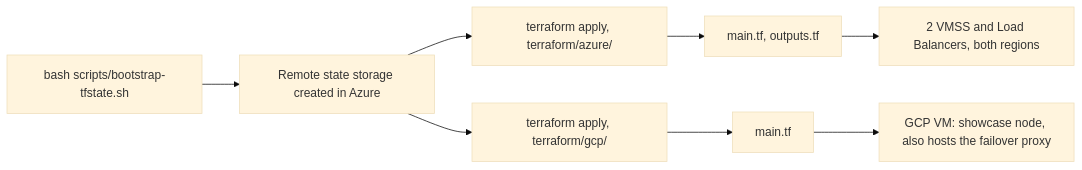
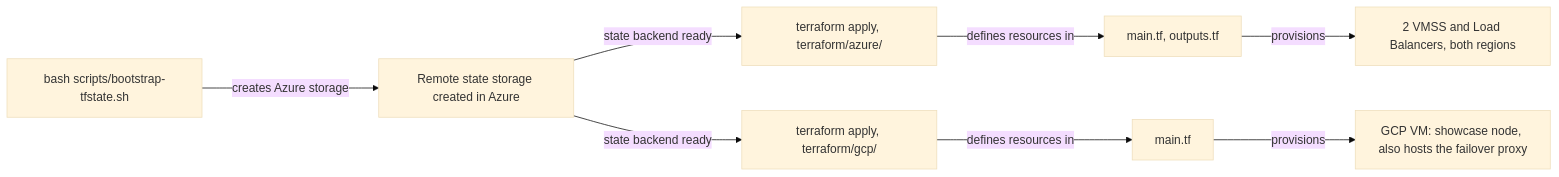
Before and after one commit to Dennis4507/cloud-native-ha-platform: the first of 4 diagrams in README.md, drawn with Mermaid (base theme). The commit also changed other lines of this file, not shown here.

First line of the commit message:
Label every arrow in the pipeline diagrams, widen node spacing

````diff
--- a/README.md
+++ b/README.md
@@ -41,10 +41,11 @@
 ```mermaid
+%%{init: {'flowchart': {'nodeSpacing': 60, 'rankSpacing': 80}}}%%
 flowchart LR
-    CMD0["bash scripts/bootstrap-tfstate.sh"] --> OUT0["Remote state storage created in Azure"]
-    OUT0 --> CMD1["terraform apply, terraform/azure/"]
-    CMD1 --> TFAZ["main.tf, outputs.tf"]
-    TFAZ --> OUT1["2 VMSS and Load Balancers, both regions"]
-    OUT0 --> CMD2["terraform apply, terraform/gcp/"]
-    CMD2 --> TFGCP["main.tf"]
-    TFGCP --> OUT2["GCP VM: showcase node, also hosts the failover proxy"]
+    CMD0["bash scripts/bootstrap-tfstate.sh"] -->|creates Azure storage| OUT0["Remote state storage created in Azure"]
+    OUT0 -->|state backend ready| CMD1["terraform apply, terraform/azure/"]
+    CMD1 -->|defines resources in| TFAZ["main.tf, outputs.tf"]
+    TFAZ -->|provisions| OUT1["2 VMSS and Load Balancers, both regions"]
+    OUT0 -->|state backend ready| CMD2["terraform apply, terraform/gcp/"]
+    CMD2 -->|defines resources in| TFGCP["main.tf"]
+    TFGCP -->|provisions| OUT2["GCP VM: showcase node, also hosts the failover proxy"]
 ```
````
